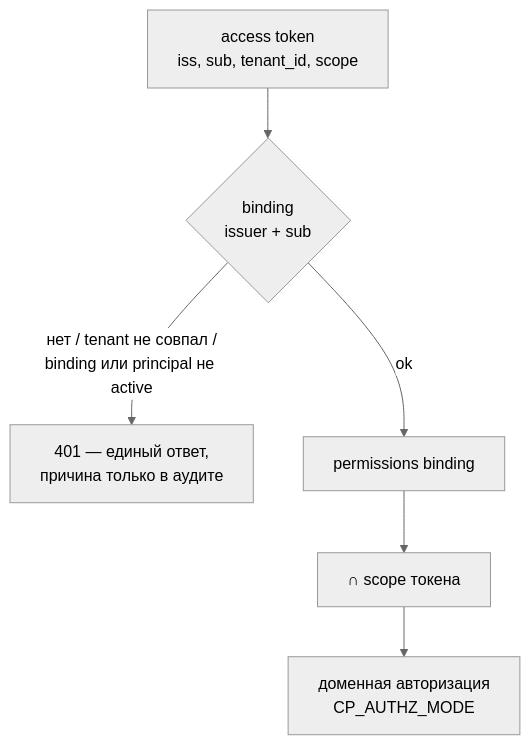
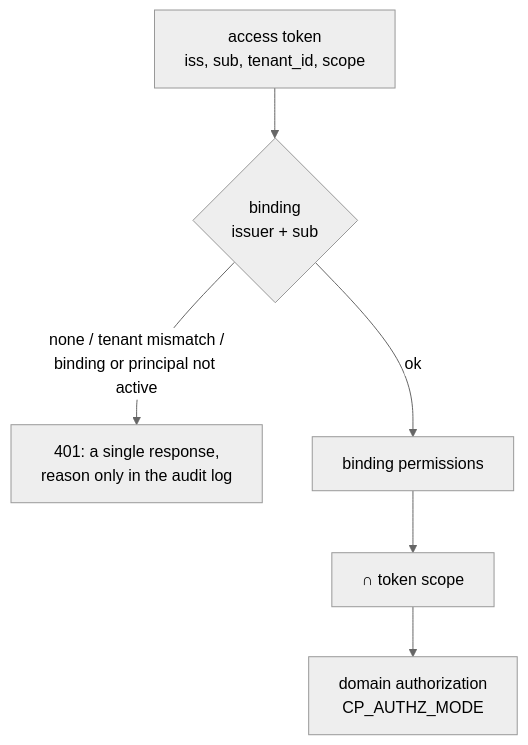
One commit to monthu56/taimen changed the second of 2 diagrams in guide/docs/overview/security-model.md. Above: the diagram before and after it, drawn with Mermaid (neutral theme). The commit also changed other lines of this file and 183 other files, not shown here.

````diff
--- a/guide/docs/overview/security-model.md
+++ b/guide/docs/overview/security-model.md
@@ -161,8 +168,8 @@
 ```mermaid
 flowchart TB
-    TOK[access token<br/>iss, sub, tenant_id, scope] --> B{binding<br/>issuer + sub}
-    B -- "нет / tenant не совпал /<br/>binding или principal не active" --> X[401 — единый ответ,<br/>причина только в аудите]
-    B -- ok --> PERM[permissions binding]
-    PERM --> N[∩ scope токена]
-    N --> AZ[доменная авторизация<br/>CP_AUTHZ_MODE]
+    TOK["access token<br/>iss, sub, tenant_id, scope"] --> B{binding<br/>issuer + sub}
+    B -- "none / tenant mismatch /<br/>binding or principal not active" --> X["401: a single response,<br/>reason only in the audit log"]
+    B -- ok --> PERM[binding permissions]
+    PERM --> N[∩ token scope]
+    N --> AZ[domain authorization<br/>CP_AUTHZ_MODE]
 ```
````
